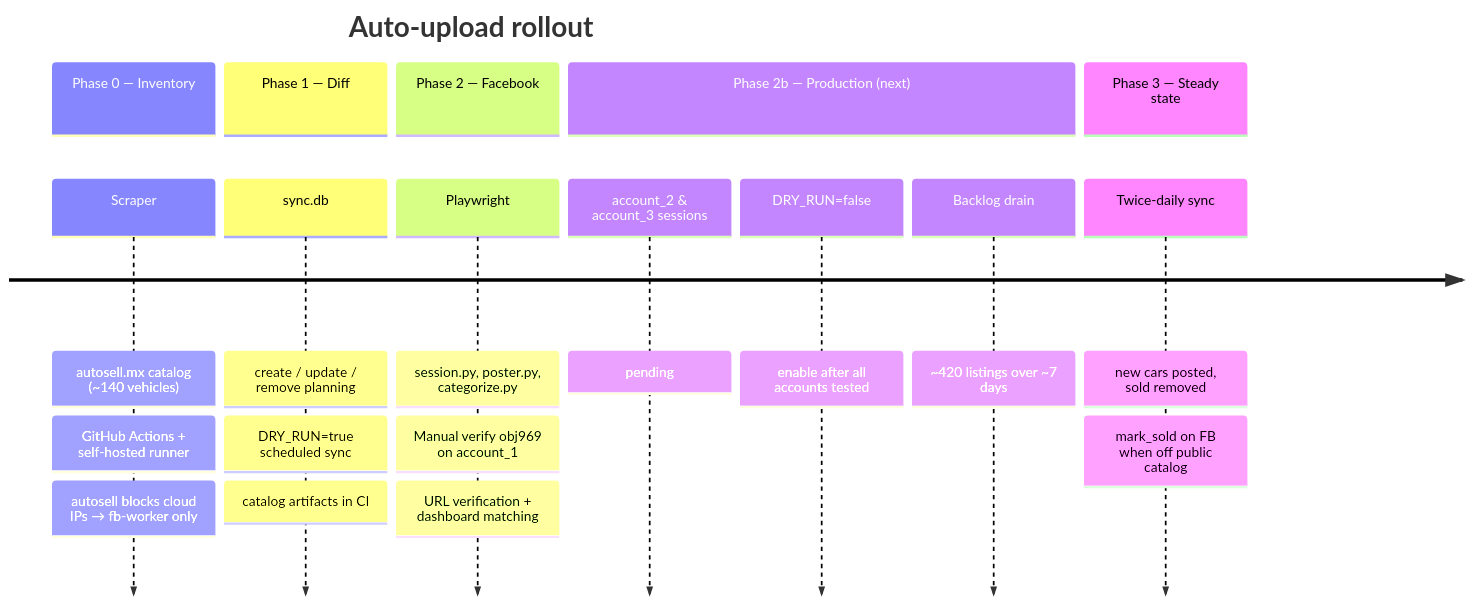
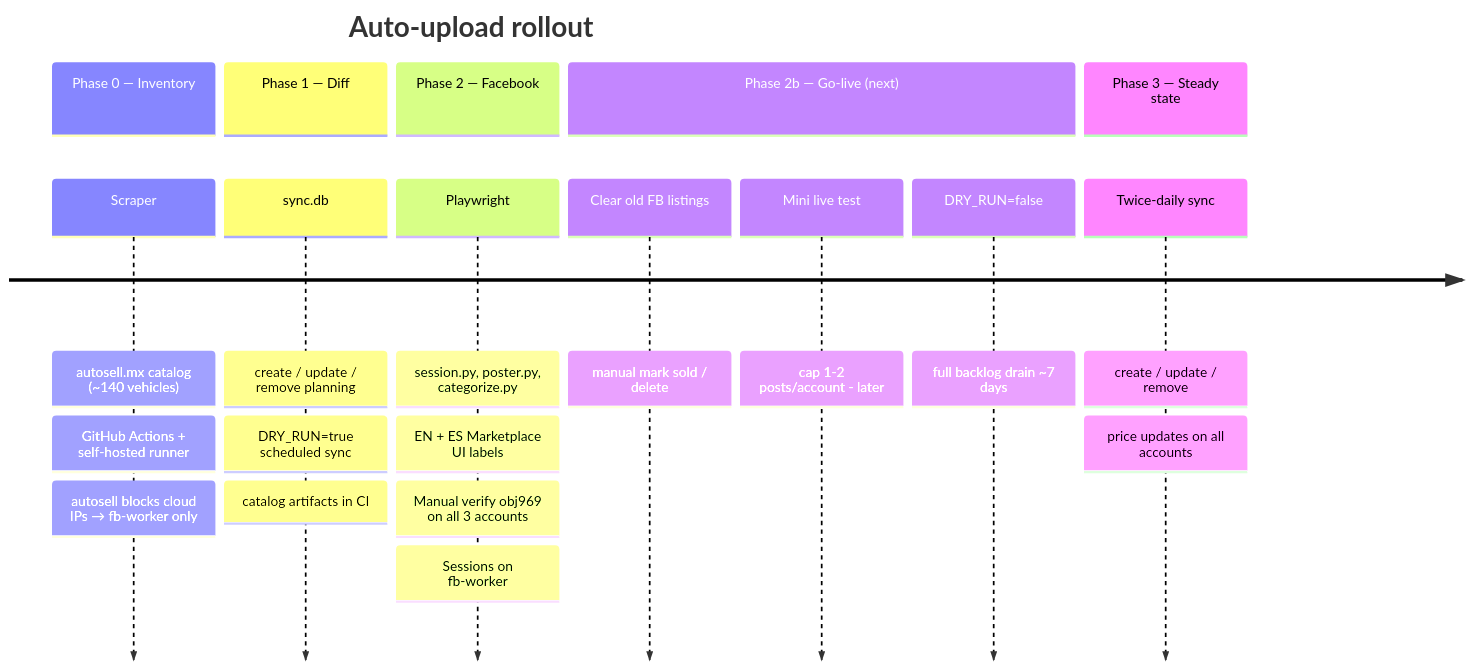
Before and after one commit to mg22mex/auto-upload: the seventh of 10 diagrams in docs/PROJECT_GUIDE.md, drawn with Mermaid. The commit also changed other lines of this file and 4 other files, not shown here.

First line of the commit message:
Document go-live rules and ship Spanish Marketplace field labels.

````diff
--- a/docs/PROJECT_GUIDE.md
+++ b/docs/PROJECT_GUIDE.md
@@ -170,23 +171,24 @@
 ```mermaid
 timeline
     title Auto-upload rollout
     section Phase 0 — Inventory
         Scraper : autosell.mx catalog (~140 vehicles)
         : GitHub Actions + self-hosted runner
         : autosell blocks cloud IPs → fb-worker only
     section Phase 1 — Diff
         sync.db : create / update / remove planning
         : DRY_RUN=true scheduled sync
         : catalog artifacts in CI
     section Phase 2 — Facebook
         Playwright : session.py, poster.py, categorize.py
-        : Manual verify obj969 on account_1
-        : URL verification + dashboard matching
-    section Phase 2b — Production (next)
-        account_2 & account_3 sessions : pending
-        DRY_RUN=false : enable after all accounts tested
-        Backlog drain : ~420 listings over ~7 days
+        : EN + ES Marketplace UI labels
+        : Manual verify obj969 on all 3 accounts
+        : Sessions on fb-worker
+    section Phase 2b — Go-live (next)
+        Clear old FB listings : manual mark sold / delete
+        Mini live test : cap 1-2 posts/account - later
+        DRY_RUN=false : full backlog drain ~7 days
     section Phase 3 — Steady state
-        Twice-daily sync : new cars posted, sold removed
-        : mark_sold on FB when off public catalog
+        Twice-daily sync : create / update / remove
+        : price updates on all accounts
 ```
````
